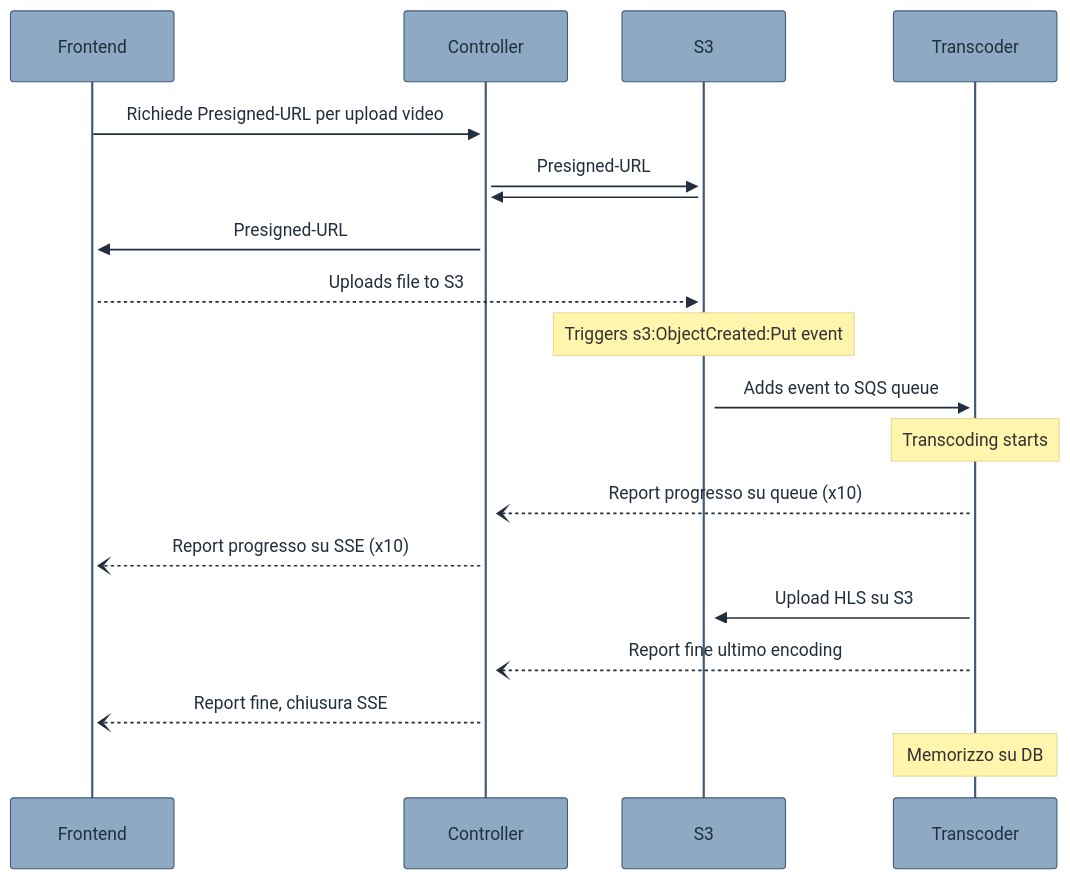
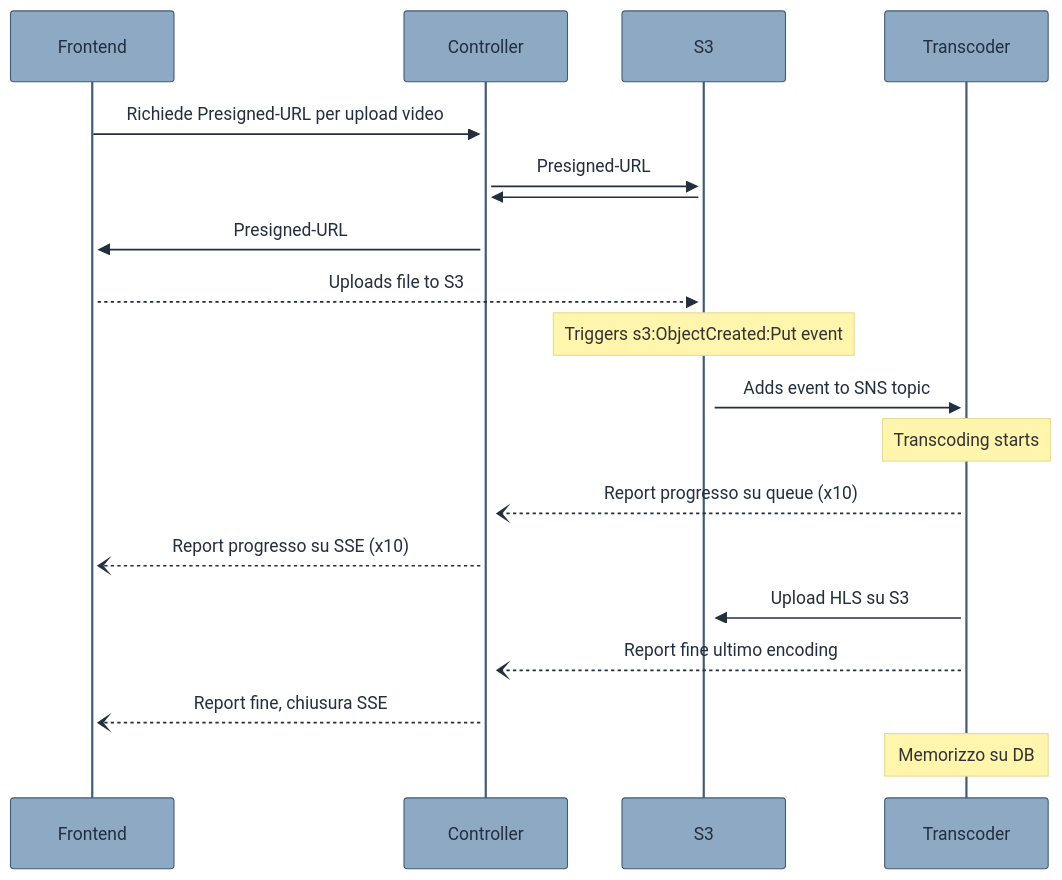
The second of 4 diagrams in docs/updated.md (Frig00/Cloud-Computing-Project), drawn with Mermaid before and after one commit.

````diff
--- a/docs/updated.md
+++ b/docs/updated.md
@@ -44,24 +44,24 @@
 ```mermaid
 %%{init: {'theme':'base', 'themeVariables': {
   'primaryColor': '#8da9c4',
   'primaryTextColor': '#232f3e',
   'primaryBorderColor': '#415a77',
   'tertiaryColor': '#415a77',
   'edgeLabelBackground':'#415a77'
 }}}%%
 sequenceDiagram
     Frontend->>+Controller: Richiede Presigned-URL per upload video
     Controller->>+S3: Presigned-URL
     S3->>+Controller: 
     Controller->>+Frontend: Presigned-URL
     Frontend-->>+S3: Uploads file to S3
     Note over S3: Triggers s3:ObjectCreated:Put event
-    S3->>+Transcoder: Adds event to SQS queue
+    S3->>+Transcoder: Adds event to SNS topic
     Note over Transcoder: Transcoding starts
     Transcoder--)Controller: Report progresso su queue (x10)
     Controller--)Frontend: Report progresso su SSE (x10)
     Transcoder->>S3: Upload HLS su S3
     Transcoder--)Controller: Report fine ultimo encoding
     Controller--)Frontend: Report fine, chiusura SSE
     Note over Transcoder: Memorizzo su DB
 ```
````
